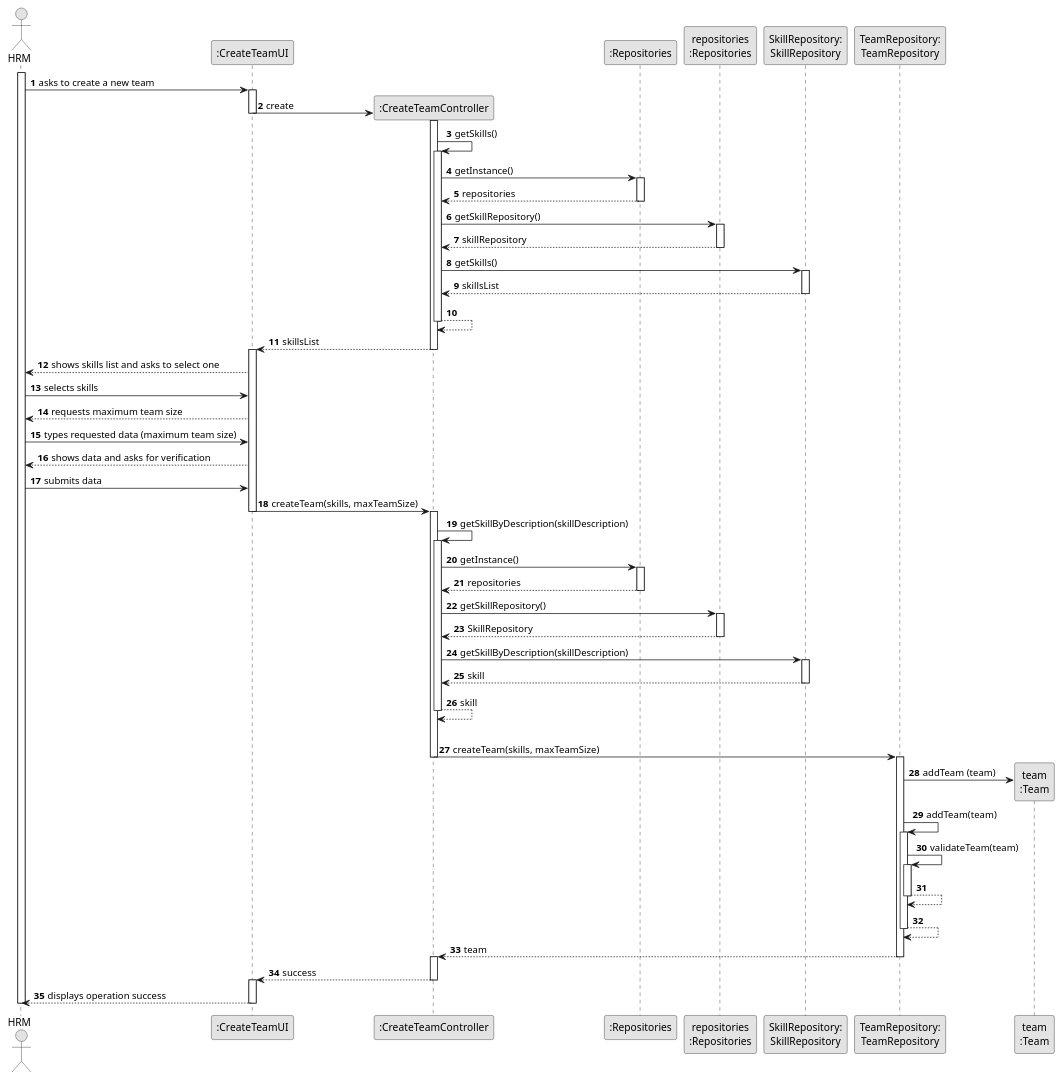
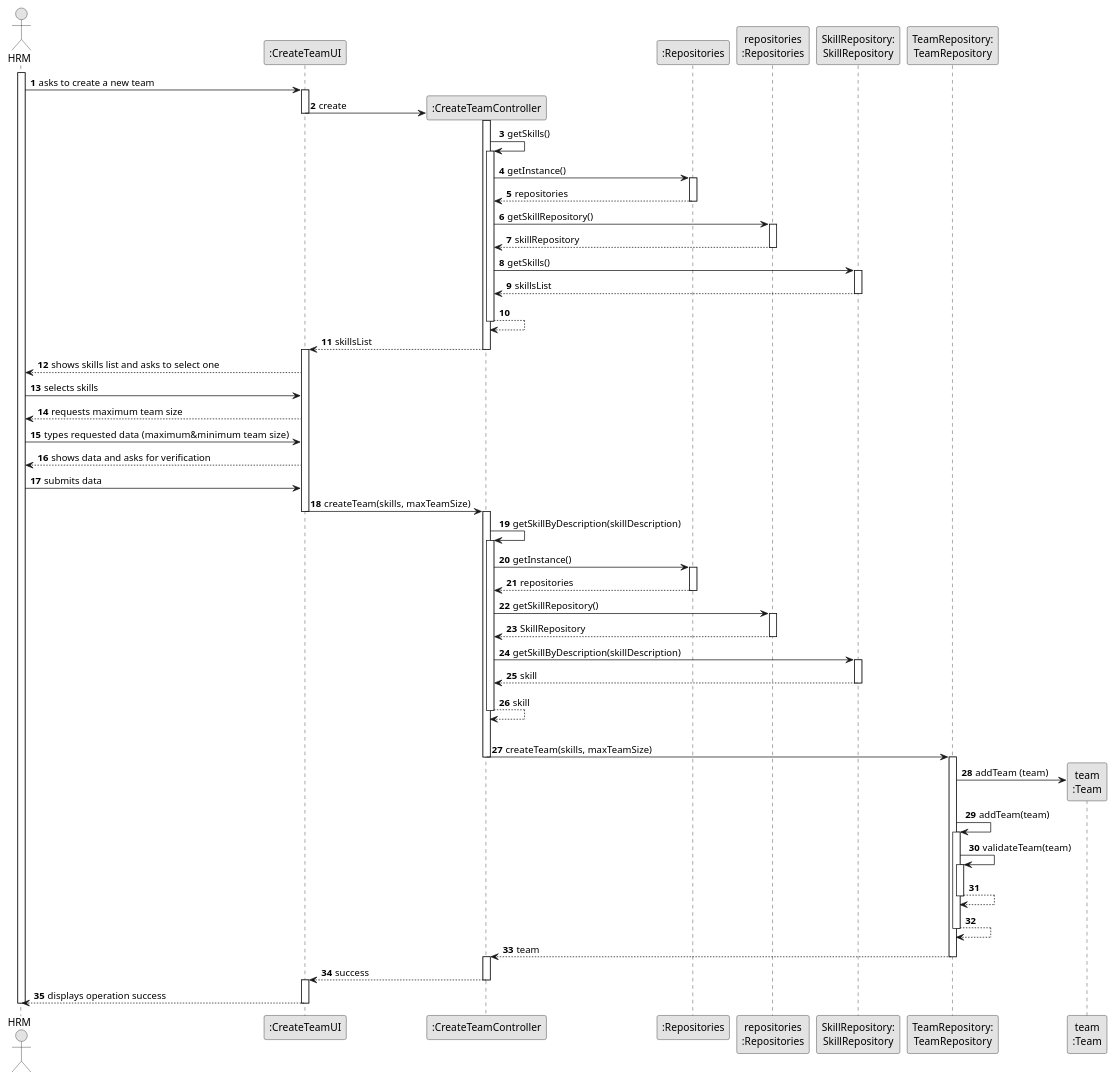
Before and after one commit to ricardomm7/leaflink: the diagram in docs/sprintB/us005/03.design/puml/us005-sequence-diagram-full.puml, drawn with PlantUML. The commit also changed 6 other files, not shown here.

```diff
--- a/docs/sprintB/us005/03.design/puml/us005-sequence-diagram-full.puml
+++ b/docs/sprintB/us005/03.design/puml/us005-sequence-diagram-full.puml
@@ -1,127 +1,127 @@
 @startuml
 skinparam monochrome true
 skinparam packageStyle rectangle
 skinparam shadowing false
 
 autonumber
 
 'hide footbox
 actor "HRM" as ADM
 participant ":CreateTeamUI" as UI
 participant ":CreateTeamController" as CTRL
 participant ":Repositories" as RepositorySingleton
 participant "repositories\n:Repositories" as PLAT
 participant "SkillRepository:\nSkillRepository" as SkillRepository
 participant "TeamRepository:\nTeamRepository" as TeamRepository
 participant "team\n:Team" as Team
 
 activate ADM
 
     ADM -> UI : asks to create a new team
     activate UI
 
                 UI -> CTRL** : create
                 deactivate UI
                 activate CTRL
 
                     CTRL -> CTRL : getSkills()
                     activate CTRL
 
                     CTRL -> RepositorySingleton : getInstance()
                     activate RepositorySingleton
 
                         RepositorySingleton --> CTRL: repositories
                     deactivate RepositorySingleton
 
                     CTRL -> PLAT : getSkillRepository()
                     activate PLAT
 
                         PLAT --> CTRL: skillRepository
                     deactivate PLAT
 
                     CTRL -> SkillRepository : getSkills()
                     activate SkillRepository
 
                         SkillRepository --> CTRL : skillsList
                     deactivate SkillRepository
 
                     CTRL --> CTRL
                     deactivate CTRL
 
                     CTRL --> UI : skillsList
                                         deactivate CTRL
 
                     activate UI
 
                 UI --> ADM : shows skills list and asks to select one
 
         ADM -> UI : selects skills
 
         UI --> ADM : requests maximum team size
 
-    ADM -> UI : types requested data (maximum team size)
+    ADM -> UI : types requested data (maximum&minimum  team size)
 
         UI --> ADM : shows data and asks for verification
 
     ADM -> UI : submits data
 
         UI -> CTRL : createTeam(skills, maxTeamSize)
         deactivate UI
         activate CTRL
 
             CTRL -> CTRL : getSkillByDescription(skillDescription)
             activate CTRL
 
                 CTRL -> RepositorySingleton : getInstance()
                 activate RepositorySingleton
 
                     RepositorySingleton --> CTRL: repositories
                 deactivate RepositorySingleton
 
                 CTRL -> PLAT : getSkillRepository()
                 activate PLAT
 
                     PLAT --> CTRL : SkillRepository
                 deactivate PLAT
 
                 CTRL -> SkillRepository : getSkillByDescription(skillDescription)
                 activate SkillRepository
 
                     SkillRepository --> CTRL : skill
                 deactivate SkillRepository
                     CTRL --> CTRL : skill
             deactivate CTRL
 
 
             |||
                 CTRL -> TeamRepository: createTeam(skills, maxTeamSize)
                 deactivate CTRL
                 activate TeamRepository
 
                 TeamRepository -> Team**: addTeam (team)
 
                     TeamRepository -> TeamRepository: addTeam(team)
                     activate TeamRepository
                         TeamRepository -> TeamRepository: validateTeam(team)
                         activate TeamRepository
                             TeamRepository --> TeamRepository
                             deactivate TeamRepository
 
                     TeamRepository --> TeamRepository
                 deactivate TeamRepository
 
             TeamRepository --> CTRL: team
             deactivate TeamRepository
             activate CTRL
 
 
             CTRL --> UI : success
             deactivate CTRL
             activate UI
 
             UI --> ADM: displays operation success
     deactivate UI
 
 deactivate ADM
 
 @enduml
```
